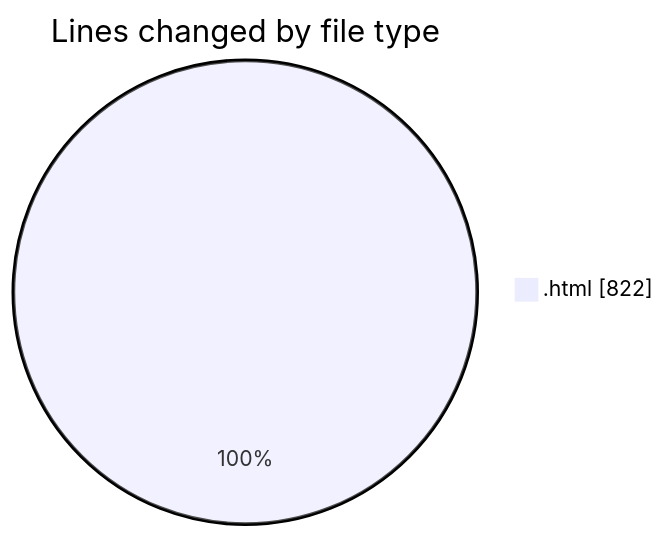
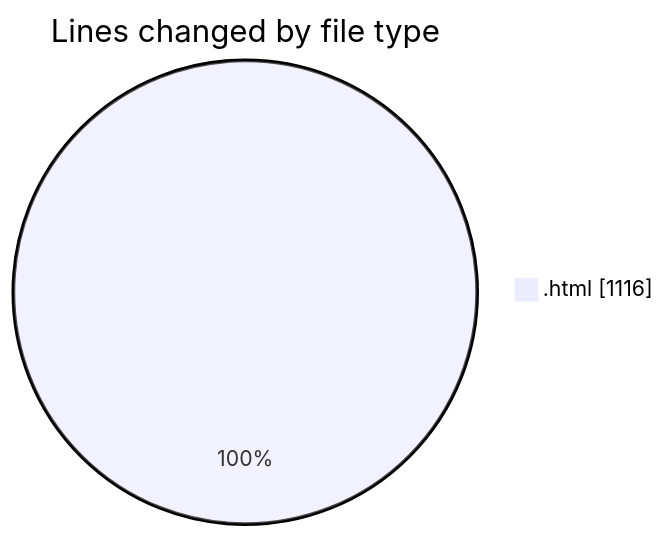
The first of 2 diagrams in 2025-05-21/filetransfer/README.md (Ritupan-Deka/code-tracking), drawn with Mermaid before and after one commit. The commit also changed other lines of this file and 1 other file, not shown here.

````diff
--- a/2025-05-21/filetransfer/README.md
+++ b/2025-05-21/filetransfer/README.md
@@ -21,5 +22,5 @@
 ```mermaid
 pie showData
 title Lines changed by file type
-".html" : 822
+".html" : 1116
 ```
````
